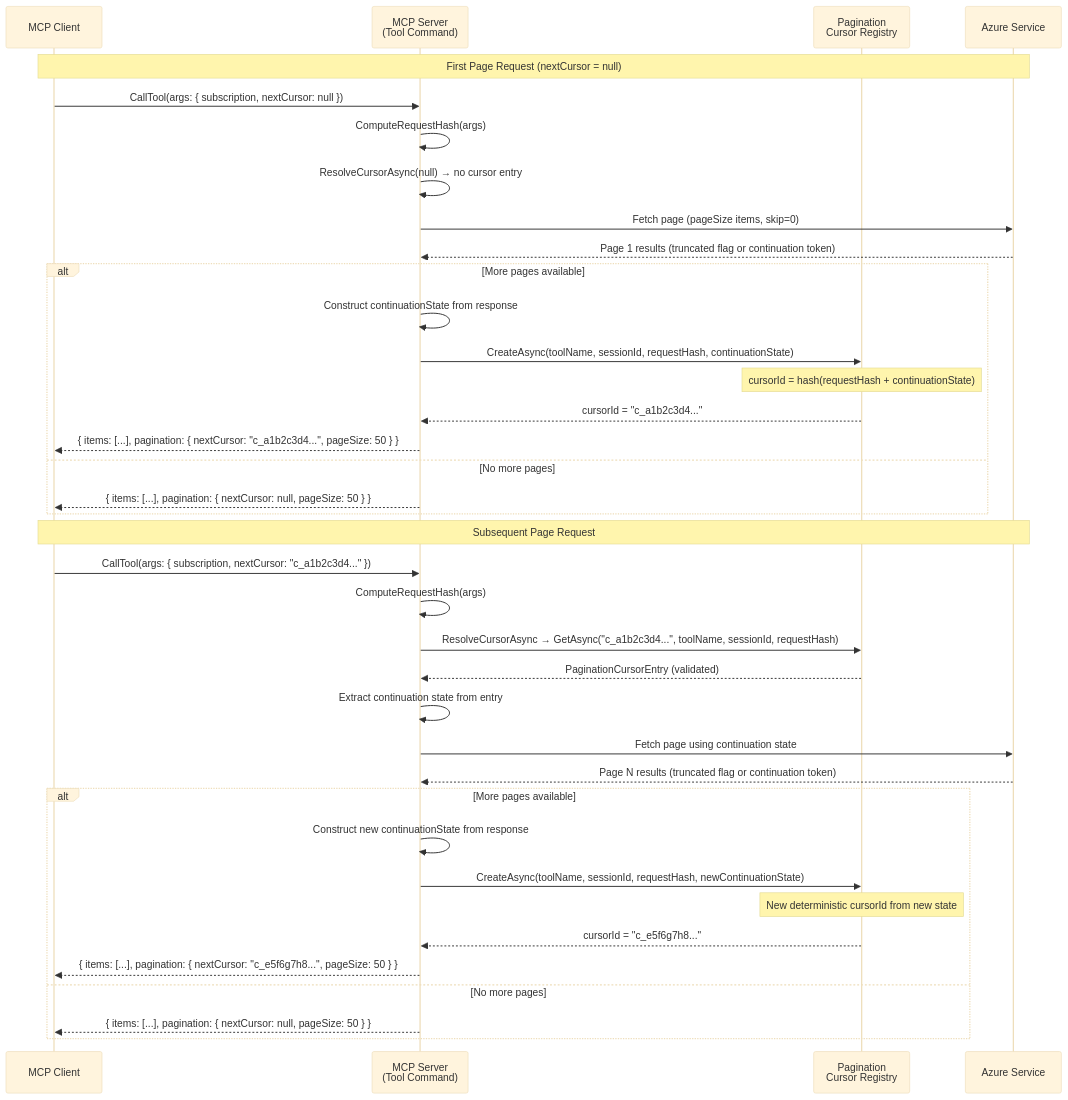
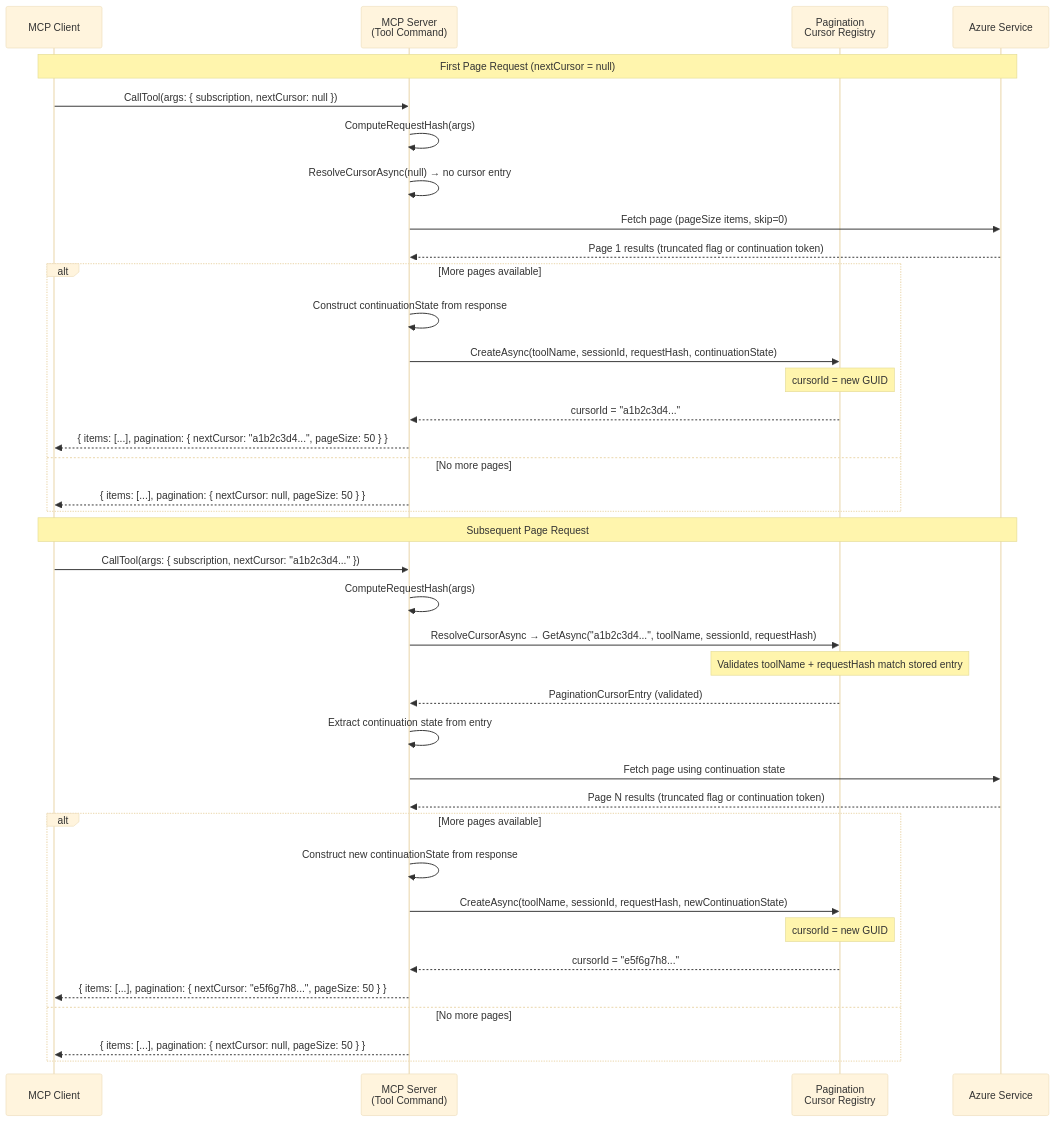
Before and after one commit to srnagar/mcp: the third of 4 diagrams in docs/design/pagination-design-proposal.md, drawn with Mermaid (base theme). The commit also changed other lines of this file and 4 other files, not shown here.

````diff
--- a/docs/design/pagination-design-proposal.md
+++ b/docs/design/pagination-design-proposal.md
@@ -305,41 +298,42 @@
 ```mermaid
 sequenceDiagram
     participant Client as MCP Client
     participant Server as MCP Server<br/>(Tool Command)
     participant Registry as Pagination<br/>Cursor Registry
     participant Azure as Azure Service
 
     Note over Client,Azure: First Page Request (nextCursor = null)
     Client->>Server: CallTool(args: { subscription, nextCursor: null })
     Server->>Server: ComputeRequestHash(args)
     Server->>Server: ResolveCursorAsync(null) → no cursor entry
     Server->>Azure: Fetch page (pageSize items, skip=0)
     Azure-->>Server: Page 1 results (truncated flag or continuation token)
     alt More pages available
         Server->>Server: Construct continuationState from response
         Server->>Registry: CreateAsync(toolName, sessionId, requestHash, continuationState)
-        Note over Registry: cursorId = hash(requestHash + continuationState)
-        Registry-->>Server: cursorId = "c_a1b2c3d4..."
-        Server-->>Client: { items: [...], pagination: { nextCursor: "c_a1b2c3d4...", pageSize: 50 } }
+        Note over Registry: cursorId = new GUID
+        Registry-->>Server: cursorId = "a1b2c3d4..."
+        Server-->>Client: { items: [...], pagination: { nextCursor: "a1b2c3d4...", pageSize: 50 } }
     else No more pages
         Server-->>Client: { items: [...], pagination: { nextCursor: null, pageSize: 50 } }
     end
 
     Note over Client,Azure: Subsequent Page Request
-    Client->>Server: CallTool(args: { subscription, nextCursor: "c_a1b2c3d4..." })
+    Client->>Server: CallTool(args: { subscription, nextCursor: "a1b2c3d4..." })
     Server->>Server: ComputeRequestHash(args)
-    Server->>Registry: ResolveCursorAsync → GetAsync("c_a1b2c3d4...", toolName, sessionId, requestHash)
+    Server->>Registry: ResolveCursorAsync → GetAsync("a1b2c3d4...", toolName, sessionId, requestHash)
+    Note over Registry: Validates toolName + requestHash match stored entry
     Registry-->>Server: PaginationCursorEntry (validated)
     Server->>Server: Extract continuation state from entry
     Server->>Azure: Fetch page using continuation state
     Azure-->>Server: Page N results (truncated flag or continuation token)
     alt More pages available
         Server->>Server: Construct new continuationState from response
         Server->>Registry: CreateAsync(toolName, sessionId, requestHash, newContinuationState)
-        Note over Registry: New deterministic cursorId from new state
-        Registry-->>Server: cursorId = "c_e5f6g7h8..."
-        Server-->>Client: { items: [...], pagination: { nextCursor: "c_e5f6g7h8...", pageSize: 50 } }
+        Note over Registry: cursorId = new GUID
+        Registry-->>Server: cursorId = "e5f6g7h8..."
+        Server-->>Client: { items: [...], pagination: { nextCursor: "e5f6g7h8...", pageSize: 50 } }
     else No more pages
         Server-->>Client: { items: [...], pagination: { nextCursor: null, pageSize: 50 } }
     end
 ```
````
